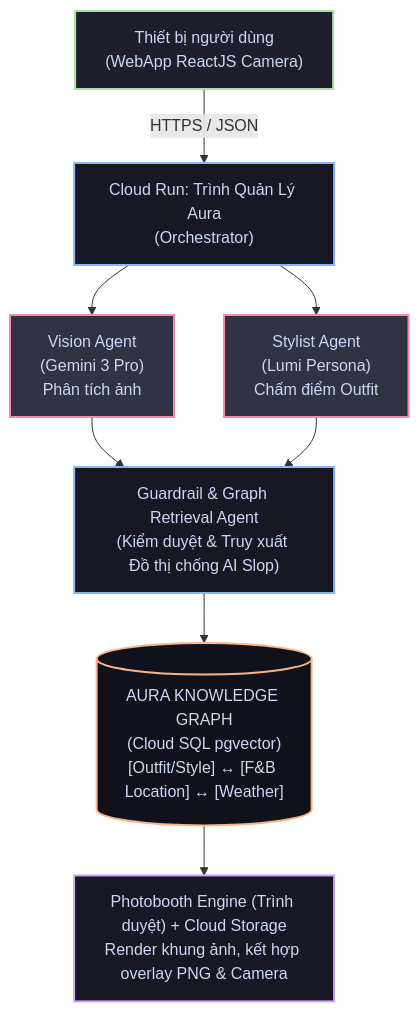
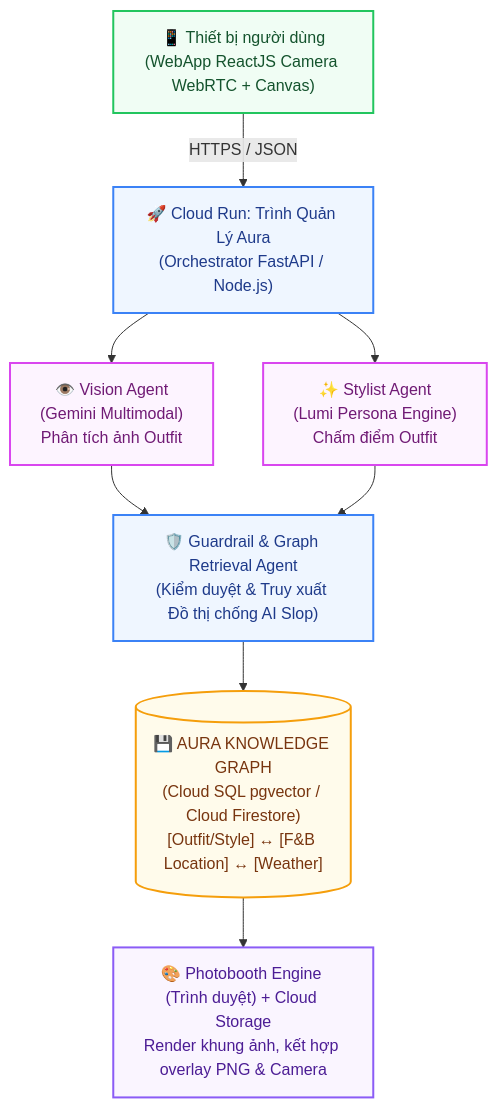
The second of 5 diagrams in CONTEXT.md (BennedictQuanTon/AuraLens), drawn with Mermaid before and after one commit. The commit also changed other lines of this file and 1 other file, not shown here.

````diff
--- a/CONTEXT.md
+++ b/CONTEXT.md
@@ -69,35 +111,35 @@
 ```mermaid
 graph TD
-    UserDevice["Thiết bị người dùng<br/>(WebApp ReactJS Camera)"]
+    Client["📱 Thiết bị người dùng<br/>(WebApp ReactJS Camera WebRTC + Canvas)"]
     
-    Orchestrator["Cloud Run: Trình Quản Lý Aura<br/>(Orchestrator)"]
+    Orchestrator["🚀 Cloud Run: Trình Quản Lý Aura<br/>(Orchestrator FastAPI / Node.js)"]
     
-    VisionAgent["Vision Agent<br/>(Gemini 3 Pro)<br/>Phân tích ảnh"]
-    StylistAgent["Stylist Agent<br/>(Lumi Persona)<br/>Chấm điểm Outfit"]
+    VisionAgent["👁️ Vision Agent<br/>(Gemini Multimodal)<br/>Phân tích ảnh Outfit"]
+    StylistAgent["✨ Stylist Agent<br/>(Lumi Persona Engine)<br/>Chấm điểm Outfit"]
     
-    GuardrailAgent["Guardrail & Graph Retrieval Agent<br/>(Kiểm duyệt & Truy xuất Đồ thị chống AI Slop)"]
+    GuardrailAgent["🛡️ Guardrail & Graph Retrieval Agent<br/>(Kiểm duyệt & Truy xuất Đồ thị chống AI Slop)"]
     
-    KnowledgeGraph[("AURA KNOWLEDGE GRAPH<br/>(Cloud SQL pgvector)<br/>[Outfit/Style] ↔ [F&B Location] ↔ [Weather]")]
+    KnowledgeGraph[("💾 AURA KNOWLEDGE GRAPH<br/>(Cloud SQL pgvector / Cloud Firestore)<br/>[Outfit/Style] ↔ [F&B Location] ↔ [Weather]")]
     
-    PhotoboothEngine["Photobooth Engine (Trình duyệt) + Cloud Storage<br/>Render khung ảnh, kết hợp overlay PNG & Camera"]
+    PhotoboothEngine["🎨 Photobooth Engine (Trình duyệt) + Cloud Storage<br/>Render khung ảnh, kết hợp overlay PNG & Camera"]
 
-    UserDevice -->|HTTPS / JSON| Orchestrator
+    Client -->|HTTPS / JSON| Orchestrator
     Orchestrator --> VisionAgent
     Orchestrator --> StylistAgent
     VisionAgent --> GuardrailAgent
     StylistAgent --> GuardrailAgent
     GuardrailAgent --> KnowledgeGraph
     KnowledgeGraph --> PhotoboothEngine
 
-    classDef client fill:#1e1e2e,stroke:#a6e3a1,stroke-width:2px,color:#cdd6f4;
-    classDef server fill:#181825,stroke:#89b4fa,stroke-width:2px,color:#cdd6f4;
-    classDef agent fill:#313244,stroke:#f38ba8,stroke-width:2px,color:#cdd6f4;
-    classDef db fill:#11111b,stroke:#fab387,stroke-width:2px,color:#cdd6f4;
-    classDef engine fill:#181825,stroke:#cba6f7,stroke-width:2px,color:#cdd6f4;
+    classDef client fill:#f0fdf4,stroke:#22c55e,stroke-width:2px,color:#14532d;
+    classDef server fill:#eff6ff,stroke:#3b82f6,stroke-width:2px,color:#1e3a8a;
+    classDef agent fill:#fdf4ff,stroke:#d946ef,stroke-width:2px,color:#701a75;
+    classDef db fill:#fffbeb,stroke:#f59e0b,stroke-width:2px,color:#78350f;
+    classDef engine fill:#faf5ff,stroke:#8b5cf6,stroke-width:2px,color:#4c1d95;
 
-    class UserDevice client;
+    class Client client;
     class Orchestrator,GuardrailAgent server;
     class VisionAgent,StylistAgent agent;
     class KnowledgeGraph db;
     class PhotoboothEngine engine;
 ```
````
